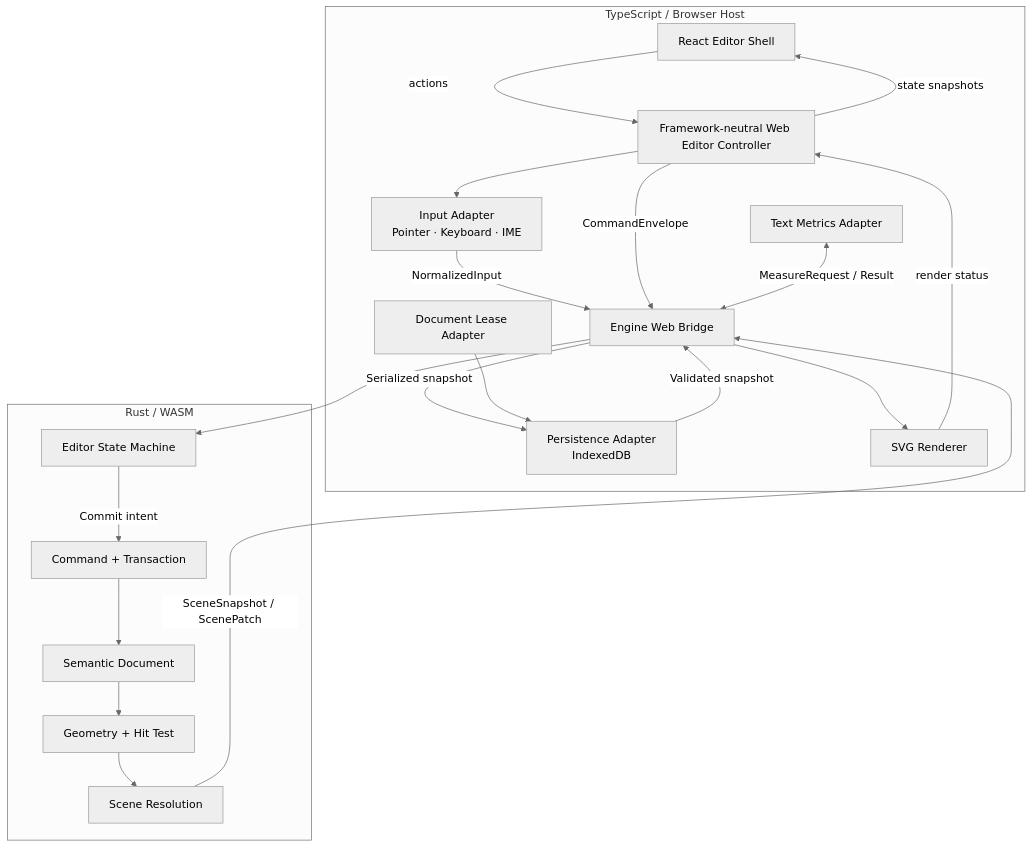
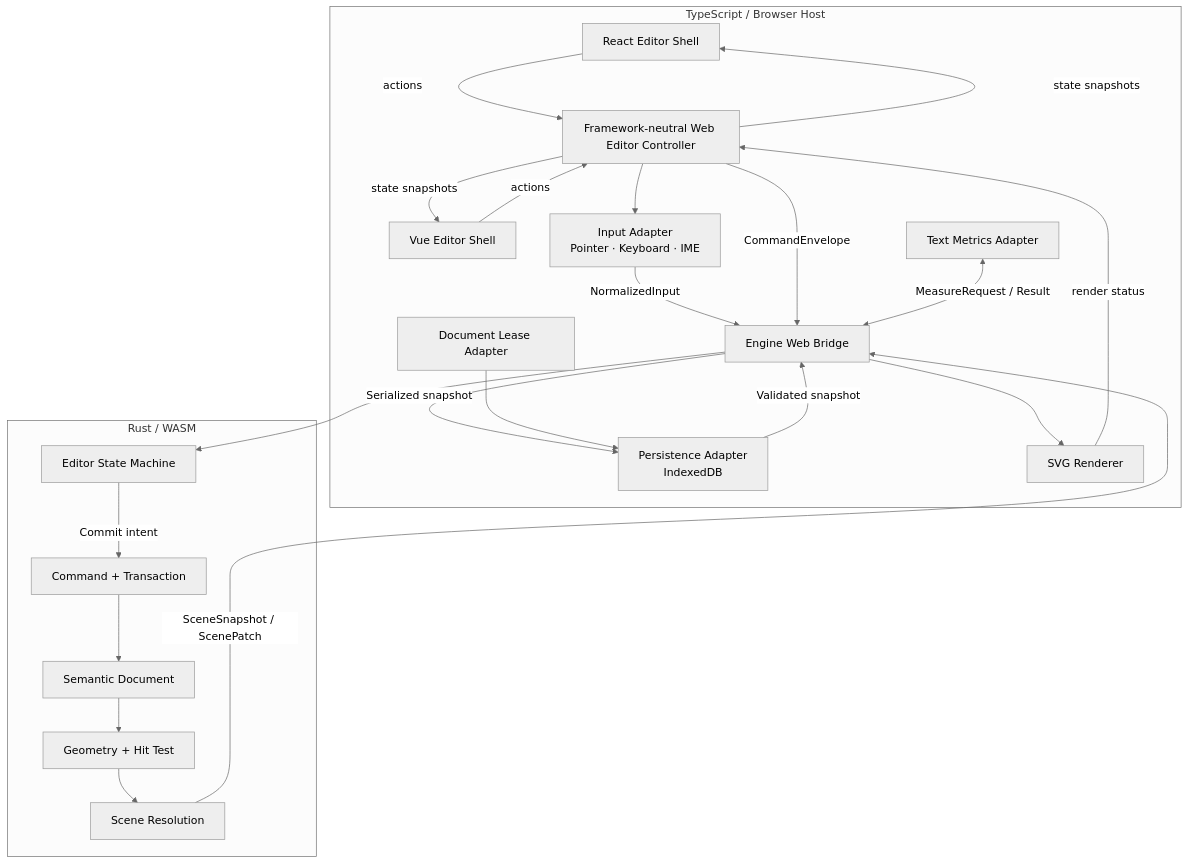
Before and after one commit to deweyou/node-ink: the first of 3 diagrams in docs/architecture/technical-architecture.md, drawn with Mermaid (neutral theme). The commit also changed other lines of this file and 18 other files, not shown here.

Commit message:
feat: add Vue editor adapter

````diff
--- a/docs/architecture/technical-architecture.md
+++ b/docs/architecture/technical-architecture.md
@@ -29,39 +29,42 @@
 ```mermaid
 flowchart TB
     subgraph Browser["TypeScript / Browser Host"]
         React["React Editor Shell"]
+        Vue["Vue Editor Shell"]
         Controller["Framework-neutral Web Editor Controller"]
         Input["Input Adapter\nPointer · Keyboard · IME"]
         Text["Text Metrics Adapter"]
         Persist["Persistence Adapter\nIndexedDB"]
         Lease["Document Lease Adapter"]
         Svg["SVG Renderer"]
         Bridge["Engine Web Bridge"]
     end
 
     subgraph Wasm["Rust / WASM"]
         State["Editor State Machine"]
         Cmd["Command + Transaction"]
         Doc["Semantic Document"]
         Geo["Geometry + Hit Test"]
         Scene["Scene Resolution"]
     end
 
     React -->|"actions"| Controller
     Controller -->|"state snapshots"| React
+    Vue -->|"actions"| Controller
+    Controller -->|"state snapshots"| Vue
     Controller --> Input
     Input -->|"NormalizedInput"| Bridge
     Controller -->|"CommandEnvelope"| Bridge
     Bridge --> State
     State -->|"Commit intent"| Cmd
     Cmd --> Doc
     Doc --> Geo
     Geo --> Scene
     Text <-->|"MeasureRequest / Result"| Bridge
     Scene -->|"SceneSnapshot / ScenePatch"| Bridge
     Bridge --> Svg
     Svg -->|"render status"| Controller
     Bridge -->|"Serialized snapshot"| Persist
     Persist -->|"Validated snapshot"| Bridge
     Lease --> Persist
 ```
````
